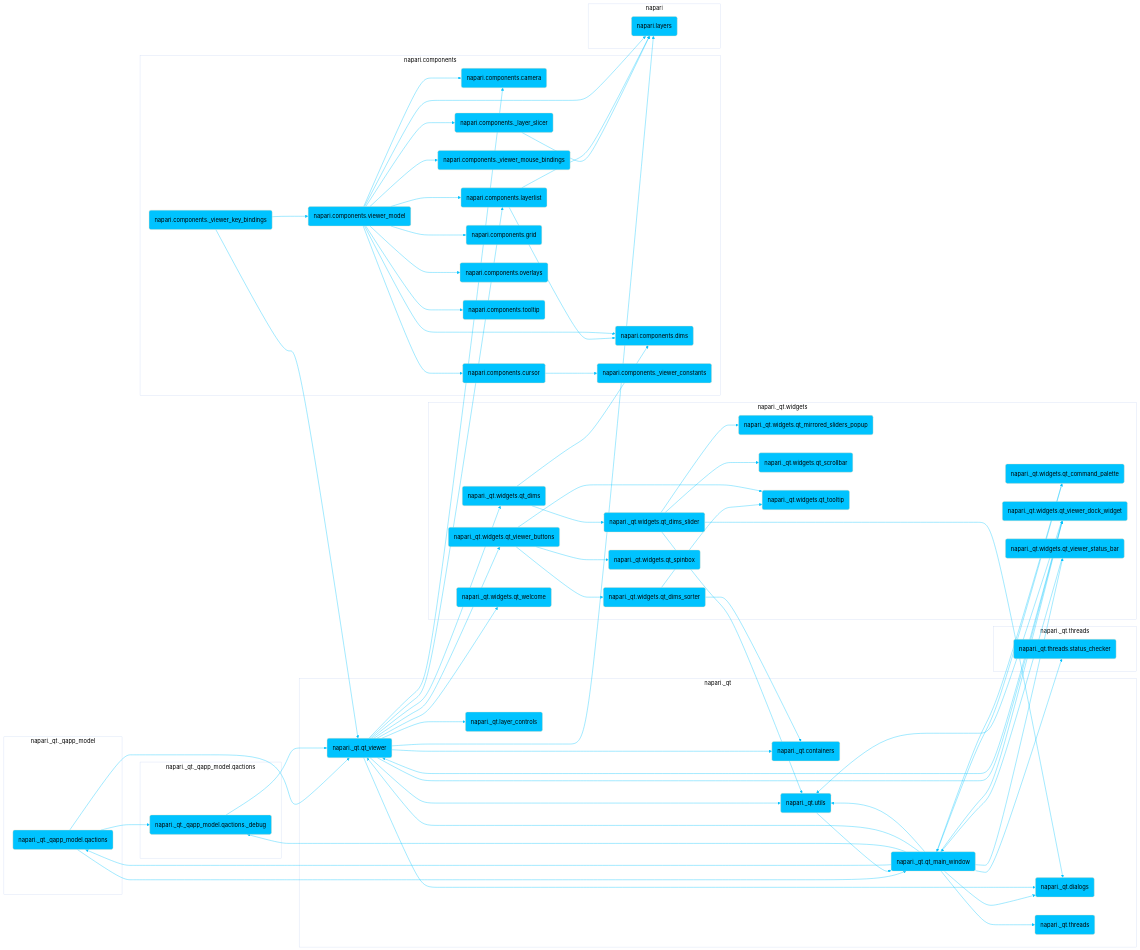
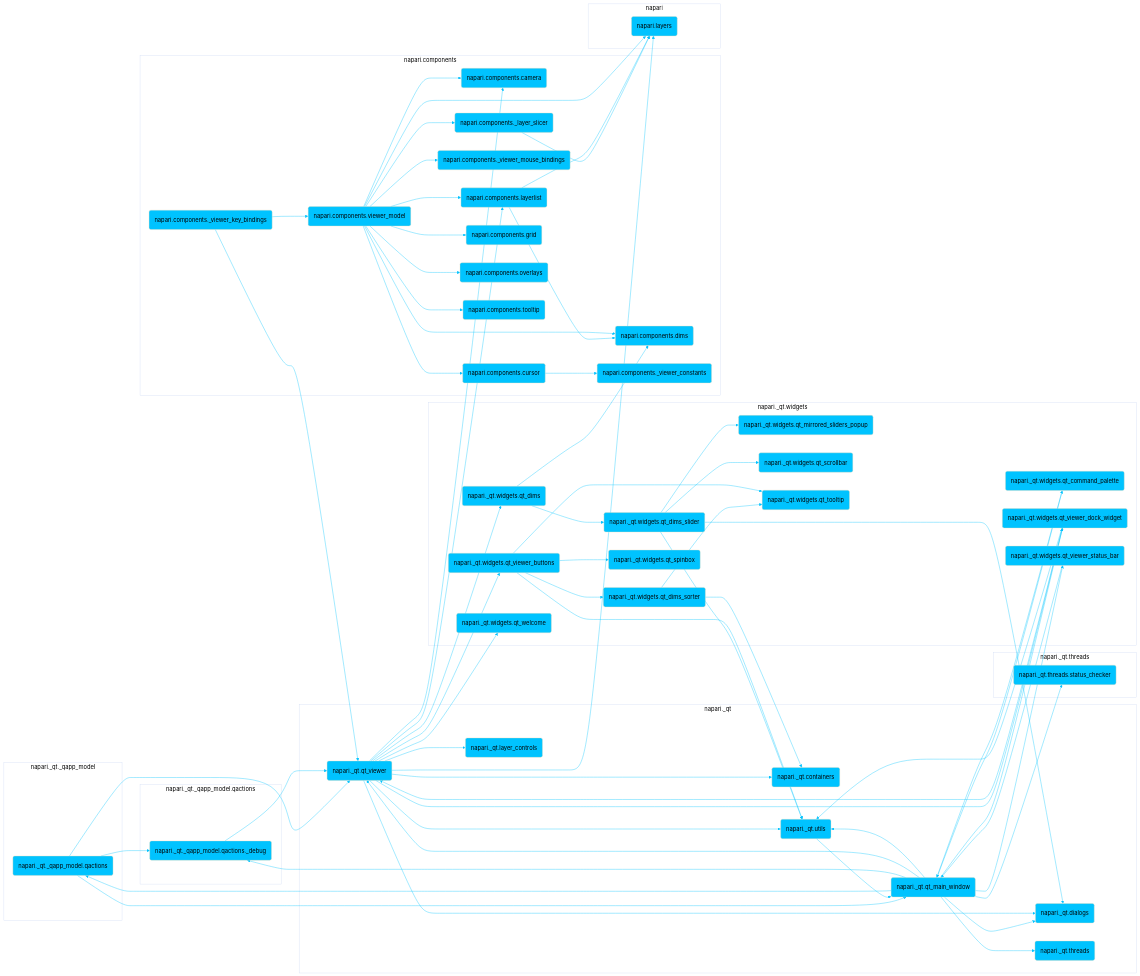
Before and after one commit to napari/napari.github.io: the diagram in dev/_sources/developers/architecture/ui_sections/viewer_ui.md, drawn with Mermaid (base theme). The commit also changed 810 other files, not shown here.

```diff
--- a/dev/_sources/developers/architecture/ui_sections/viewer_ui.md
+++ b/dev/_sources/developers/architecture/ui_sections/viewer_ui.md
@@ -76,6 +76,7 @@
 	napari._qt.widgets.qt_tooltip(napari._qt.widgets.qt_tooltip)
 	click napari._qt.widgets.qt_tooltip "https://github.com/napari/napari/tree/main/napari/_qt/widgets/qt_tooltip.py" _blank
 	napari._qt.widgets.qt_viewer_buttons(napari._qt.widgets.qt_viewer_buttons)
+	napari._qt.widgets.qt_viewer_buttons --> napari._qt.utils
 	napari._qt.widgets.qt_viewer_buttons --> napari._qt.widgets.qt_dims_sorter
 	napari._qt.widgets.qt_viewer_buttons --> napari._qt.widgets.qt_spinbox
 	napari._qt.widgets.qt_viewer_buttons --> napari._qt.widgets.qt_tooltip
```
